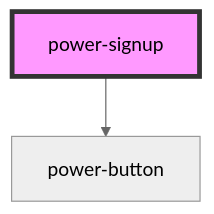
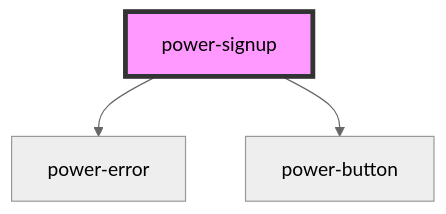
Before and after one commit to planavsky82/planavsky-com: the diagram in stencil-web-components/src/components/power-signup/readme.md, drawn with Mermaid (neutral theme). The commit also changed other lines of this file and 6 other files, not shown here.

````diff
--- a/stencil-web-components/src/components/power-signup/readme.md
+++ b/stencil-web-components/src/components/power-signup/readme.md
@@ -31,5 +32,6 @@
 ```mermaid
 graph TD;
+  power-signup --> power-error
   power-signup --> power-button
   style power-signup fill:#f9f,stroke:#333,stroke-width:4px
 ```
````
